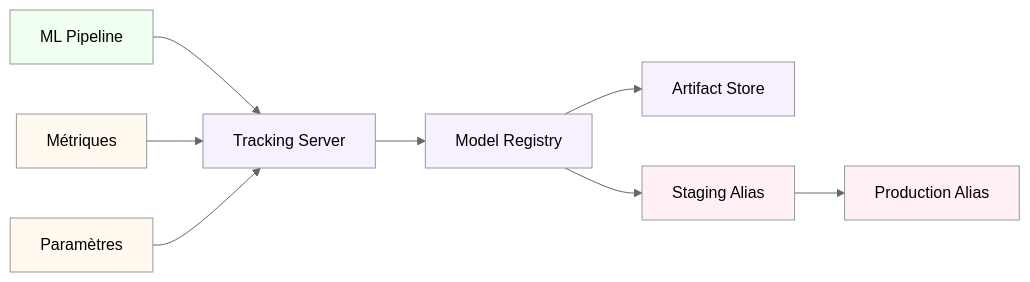
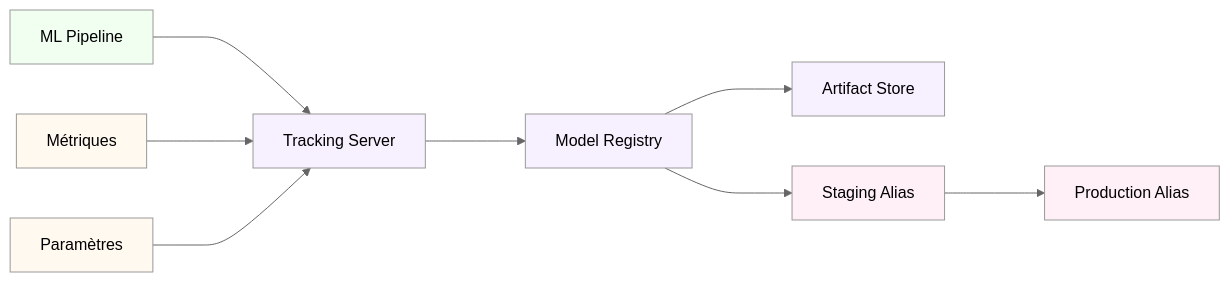
The ninth of 11 diagrams in Services/slidev/slides.md (jefraudai/jefraudai), drawn with Mermaid (neutral theme) before and after one commit. The commit also changed other lines of this file and 14 other files, not shown here.

````diff
--- a/Services/slidev/slides.md
+++ b/Services/slidev/slides.md
@@ -301,19 +482,19 @@
 ```mermaid
 flowchart LR
-    Pipeline[ML Pipeline] --> Tracking[Tracking Server]
-    Metrics[Métriques] --> Tracking
-    Params[Paramètres] --> Tracking
-    Tracking --> Registry[Model Registry]
-    Registry --> Artifacts[Artifact Store]
-    Registry --> Staging[Staging Alias]
-    Staging --> Prod[Production Alias]
+    Pipeline[ML Pipeline] ---> Tracking[Tracking Server]
+    Metrics[Métriques] ---> Tracking
+    Params[Paramètres] ---> Tracking
+    Tracking ---> Registry[Model Registry]
+    Registry ---> Artifacts[Artifact Store]
+    Registry ---> Staging[Staging Alias]
+    Staging ---> Prod[Production Alias]
     
     style Pipeline fill:#e1ffe1,fill-opacity:0.5
     style Metrics fill:#fff4e1,fill-opacity:0.5
     style Params fill:#fff4e1,fill-opacity:0.5
     style Tracking fill:#f0e1ff,fill-opacity:0.5
     style Registry fill:#f0e1ff,fill-opacity:0.5
     style Artifacts fill:#f0e1ff,fill-opacity:0.5
     style Staging fill:#ffe1f0,fill-opacity:0.5
     style Prod fill:#ffe1f0,fill-opacity:0.5
 ```
````
